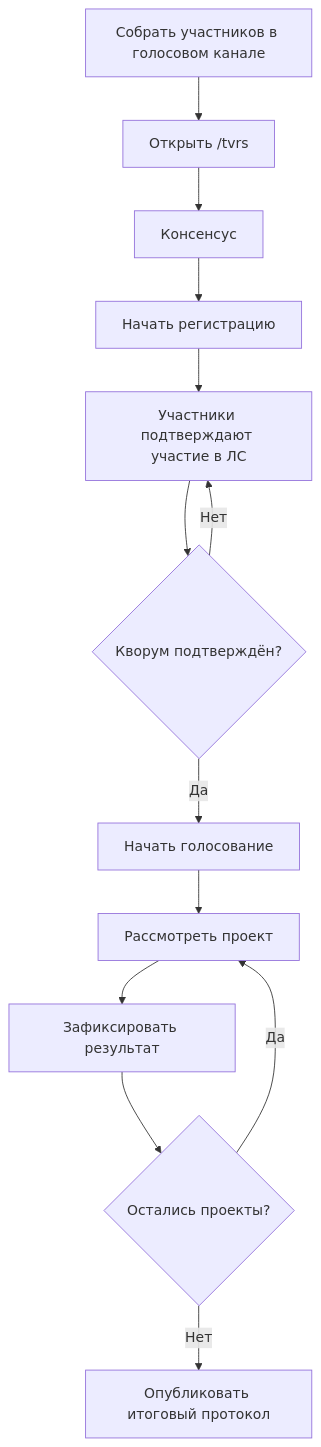
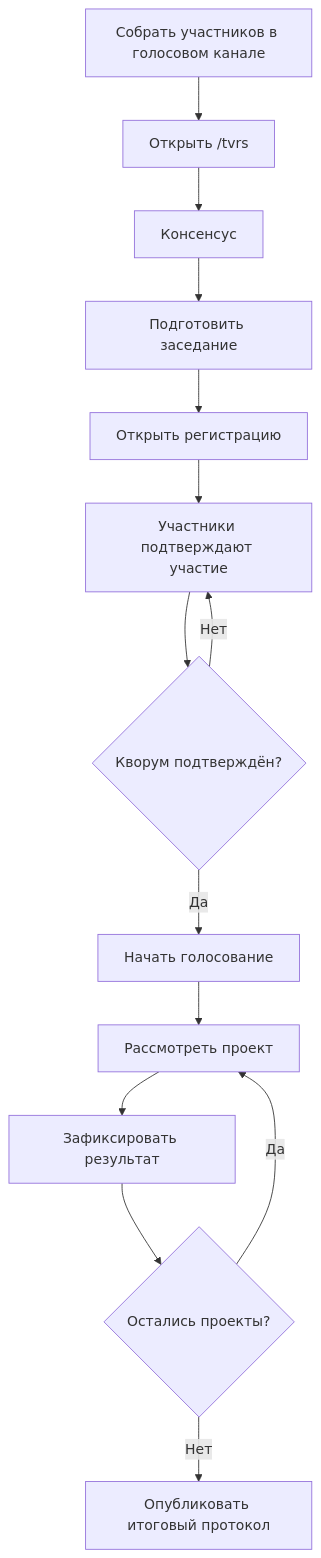
The diagram in gitbook/consensus/chair.md (cdnserver/t-mod), drawn with Mermaid before and after one commit. The commit also changed other lines of this file and 51 other files, not shown here.

````diff
--- a/gitbook/consensus/chair.md
+++ b/gitbook/consensus/chair.md
@@ -9,15 +9,16 @@
 ```mermaid
 flowchart TD
     A[Собрать участников в голосовом канале] --> B[Открыть /tvrs]
     B --> C[Консенсус]
-    C --> D[Начать регистрацию]
-    D --> E[Участники подтверждают участие в ЛС]
-    E --> F{Кворум подтверждён?}
-    F -- Нет --> E
-    F -- Да --> G[Начать голосование]
-    G --> H[Рассмотреть проект]
-    H --> I[Зафиксировать результат]
-    I --> J{Остались проекты?}
-    J -- Да --> H
-    J -- Нет --> K[Опубликовать итоговый протокол]
+    C --> D[Подготовить заседание]
+    D --> E[Открыть регистрацию]
+    E --> F[Участники подтверждают участие]
+    F --> G{Кворум подтверждён?}
+    G -- Нет --> F
+    G -- Да --> H[Начать голосование]
+    H --> I[Рассмотреть проект]
+    I --> J[Зафиксировать результат]
+    J --> K{Остались проекты?}
+    K -- Да --> I
+    K -- Нет --> L[Опубликовать итоговый протокол]
 ```
````
